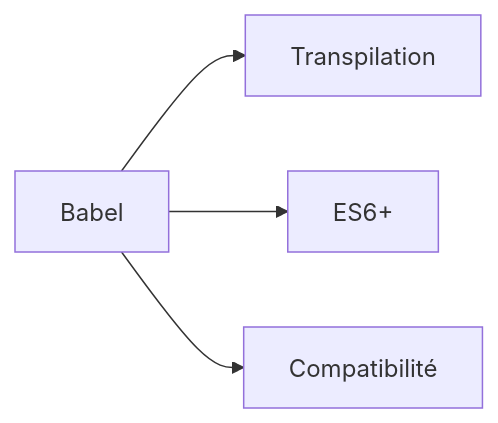
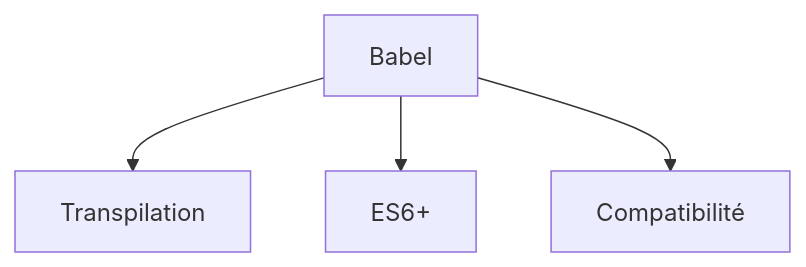
Before and after one commit to zyrass/omnydocs: the fourth of 41 diagrams in docs/glossaire/developpement-web.md, drawn with Mermaid. The commit also changed other lines of this file and 1780 other files, not shown here.

````diff
--- a/docs/glossaire/developpement-web.md
+++ b/docs/glossaire/developpement-web.md
@@ -85,6 +103,6 @@
-    ```mermaid
-    graph LR
-        A[Babel] --> B[Transpilation]
-        A --> C[ES6+]
-        A --> D[Compatibilité]
-    ```
+```mermaid
+graph TB
+    A[Babel] --> B[Transpilation]
+    A --> C[ES6+]
+    A --> D[Compatibilité]
+```
````
